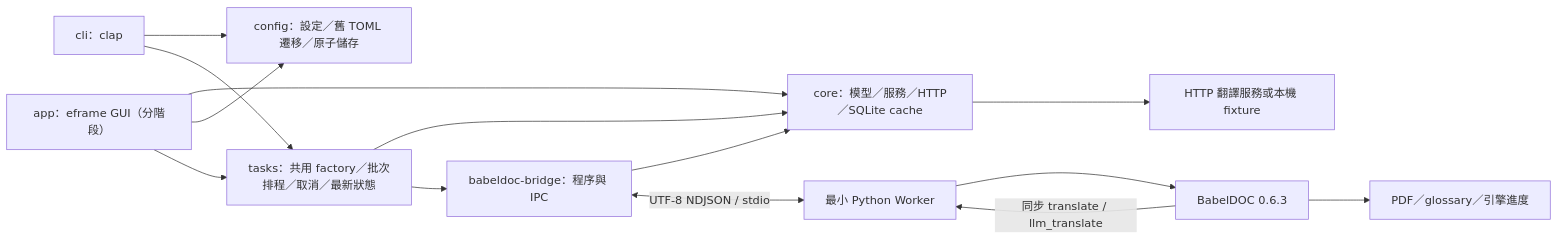
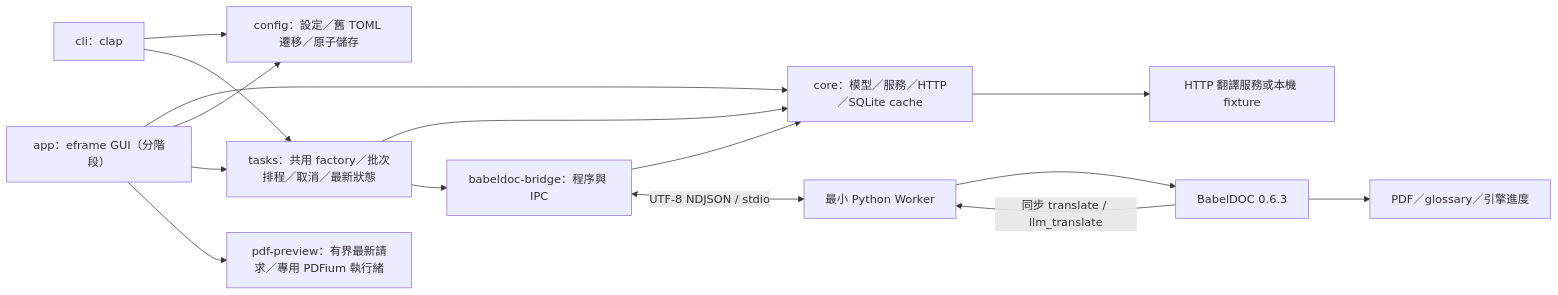
One commit to patricksu-cool/BabelOxide changed the second of 2 diagrams in docs/rust-migration/ARCHITECTURE.md. Above: the diagram before and after it, drawn with Mermaid. The commit also changed other lines of this file and 29 other files, not shown here.

Commit message:
feat: add native Rust desktop UI and bounded PDFium preview

````diff
--- a/docs/rust-migration/ARCHITECTURE.md
+++ b/docs/rust-migration/ARCHITECTURE.md
@@ -36,16 +36,17 @@
 ```mermaid
 flowchart LR
     CLI["cli：clap"] --> Config["config：設定／舊 TOML 遷移／原子儲存"]
     App["app：eframe GUI（分階段）"] --> Core
     App --> Config
     CLI --> Tasks["tasks：共用 factory／批次排程／取消／最新狀態"]
     App --> Tasks
+    App --> Preview["pdf-preview：有界最新請求／專用 PDFium 執行緒"]
     Tasks --> Core["core：模型／服務／HTTP／SQLite cache"]
     Tasks --> Bridge["babeldoc-bridge：程序與 IPC"]
     Bridge --> Core
     Bridge <-->|"UTF-8 NDJSON / stdio"| Worker["最小 Python Worker"]
     Worker --> Babel["BabelDOC 0.6.3"]
     Babel -->|"同步 translate / llm_translate"| Worker
     Babel --> PDF["PDF／glossary／引擎進度"]
     Core --> Provider["HTTP 翻譯服務或本機 fixture"]
 ```
````
